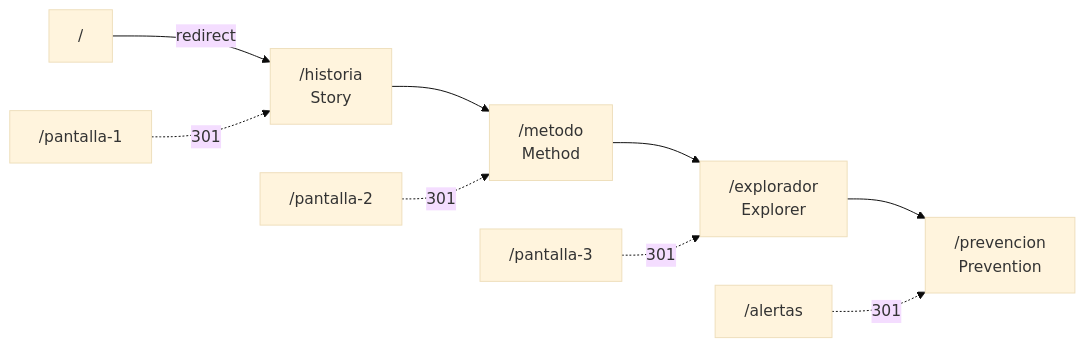
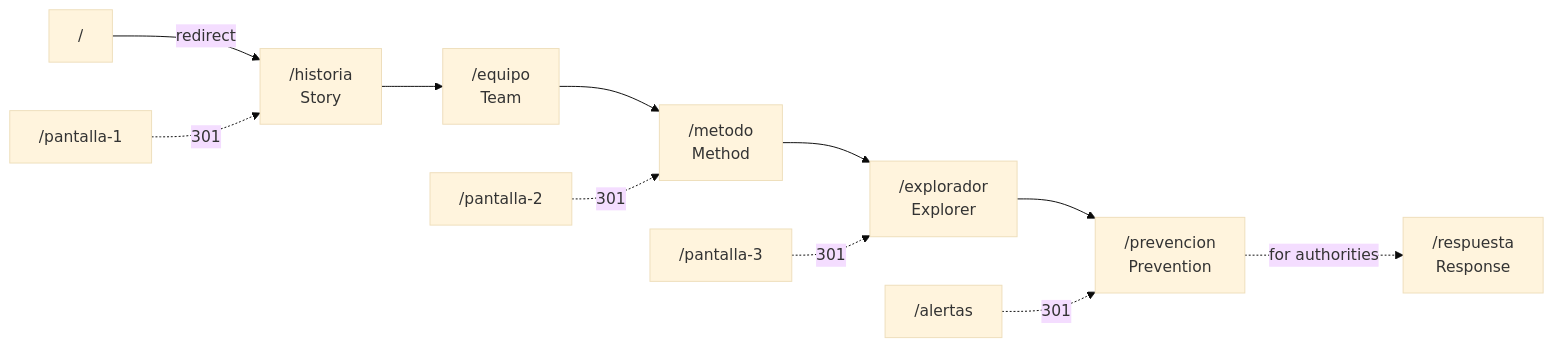
The first of 11 diagrams in frontend/README.md (SebasHuaypar/Yakanas-NASA), drawn with Mermaid (base theme) before and after one commit. The commit also changed other lines of this file and 17 other files, not shown here.

````diff
--- a/frontend/README.md
+++ b/frontend/README.md
@@ -84,9 +94,10 @@
 ```mermaid
 flowchart LR
     Home["/"] -- redirect --> S
-    S["/historia<br/>Story"] --> M["/metodo<br/>Method"] --> E["/explorador<br/>Explorer"] --> A["/prevencion<br/>Prevention"]
+    S["/historia<br/>Story"] --> T["/equipo<br/>Team"] --> M["/metodo<br/>Method"] --> E["/explorador<br/>Explorer"] --> A["/prevencion<br/>Prevention"]
+    A -. "for authorities" .-> R["/respuesta<br/>Response"]
     O1["/pantalla-1"] -. 301 .-> S
     O2["/pantalla-2"] -. 301 .-> M
     O3["/pantalla-3"] -. 301 .-> E
     O4["/alertas"] -. 301 .-> A
 ```
````
